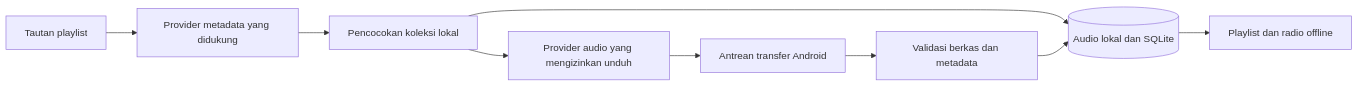
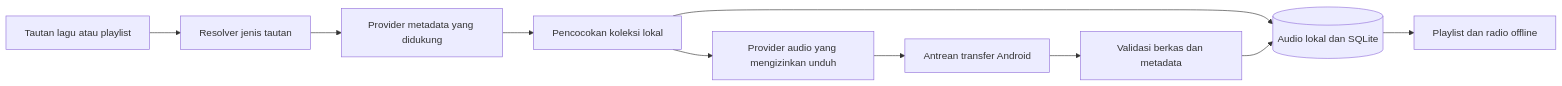
The diagram in docs/PLAYLIST_IMPORT.md (sagara-ds/spomaxxing), drawn with Mermaid before and after one commit. The commit also changed other lines of this file and 2 other files, not shown here.

````diff
--- a/docs/PLAYLIST_IMPORT.md
+++ b/docs/PLAYLIST_IMPORT.md
@@ -57,11 +77,12 @@
 ```mermaid
 flowchart LR
-    Link[Tautan playlist] --> Metadata[Provider metadata yang didukung]
+    Link[Tautan lagu atau playlist] --> Resolver[Resolver jenis tautan]
+    Resolver --> Metadata[Provider metadata yang didukung]
     Metadata --> Match[Pencocokan koleksi lokal]
     Match --> Local[(Audio lokal dan SQLite)]
     Match --> Source[Provider audio yang mengizinkan unduh]
     Source --> Jobs[Antrean transfer Android]
     Jobs --> Verify[Validasi berkas dan metadata]
     Verify --> Local
     Local --> Playlist[Playlist dan radio offline]
 ```
````
